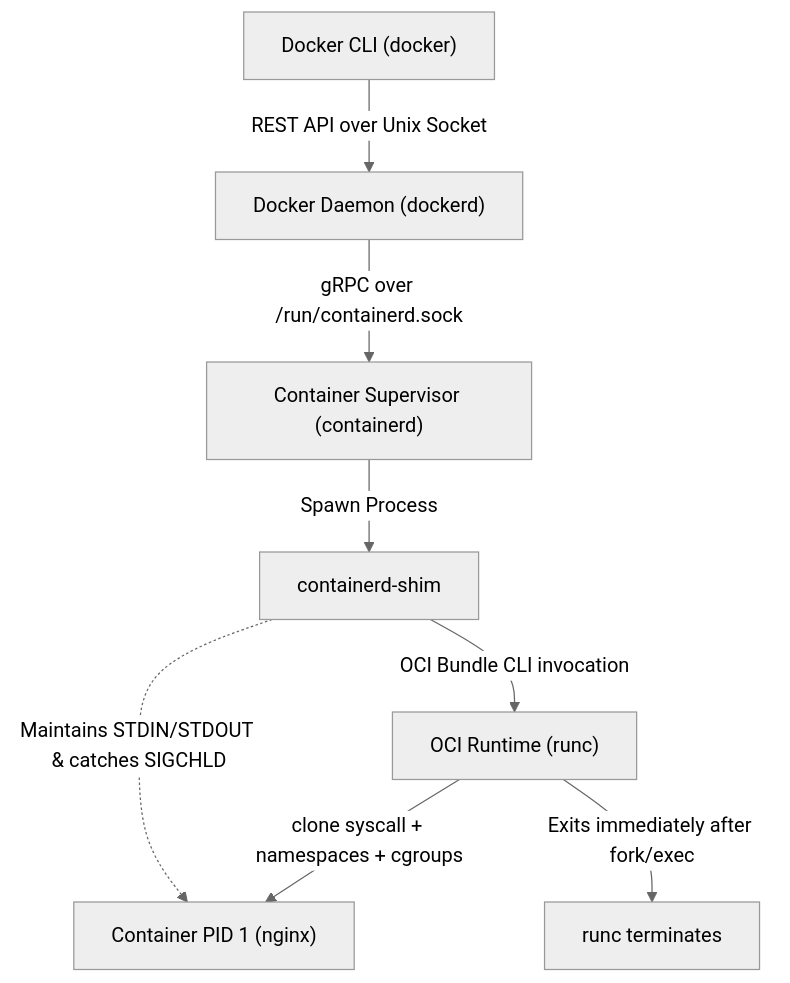
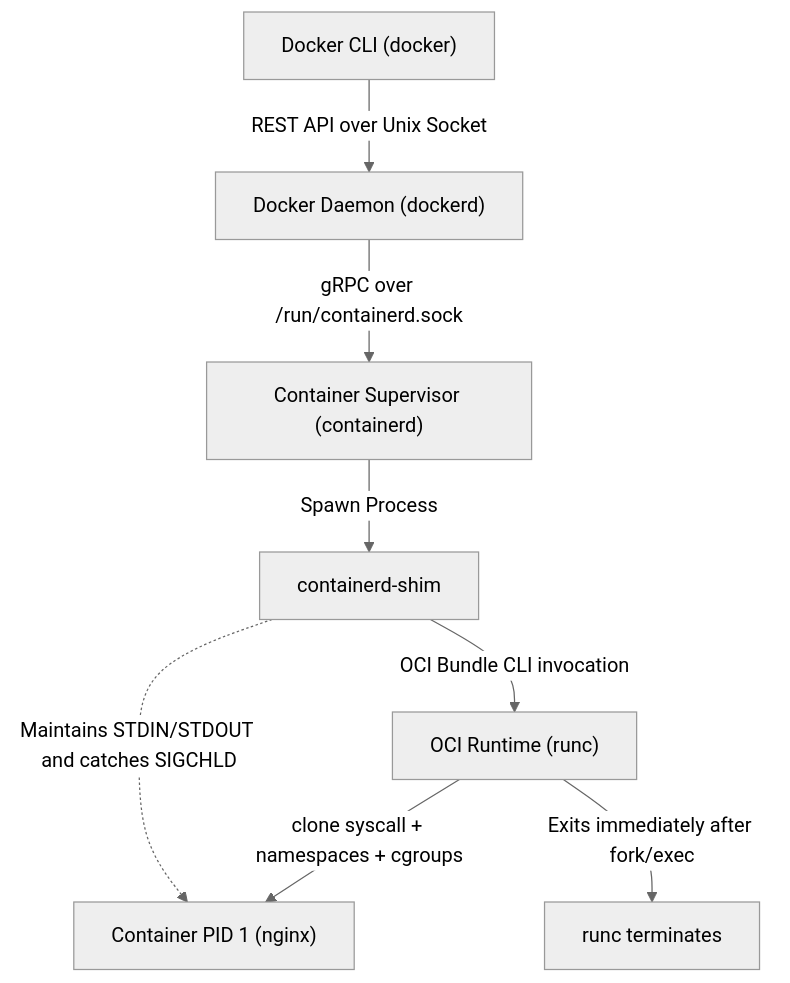
The first of 2 diagrams in README.md (manthanank/learn-docker), drawn with Mermaid (neutral theme) before and after one commit. The commit also changed other lines of this file and 1 other file, not shown here.

Commit message:
fix(docs): fix Mermaid diagram syntax and HTML tags for GitHub rich display

````diff
--- a/README.md
+++ b/README.md
@@ -114,10 +114,10 @@
 ```mermaid
 flowchart TD
     CLI["Docker CLI (docker)"] -->|REST API over Unix Socket| Dockerd["Docker Daemon (dockerd)"]
     Dockerd -->|gRPC over /run/containerd.sock| Containerd["Container Supervisor (containerd)"]
     Containerd -->|Spawn Process| Shim["containerd-shim"]
     Shim -->|OCI Bundle CLI invocation| Runc["OCI Runtime (runc)"]
     Runc -->|clone syscall + namespaces + cgroups| ContainerProc["Container PID 1 (nginx)"]
     Runc -->|Exits immediately after fork/exec| RuncExit["runc terminates"]
-    Shim -.->|Maintains STDIN/STDOUT & catches SIGCHLD| ContainerProc
+    Shim -.->|Maintains STDIN/STDOUT and catches SIGCHLD| ContainerProc
 ```
````
